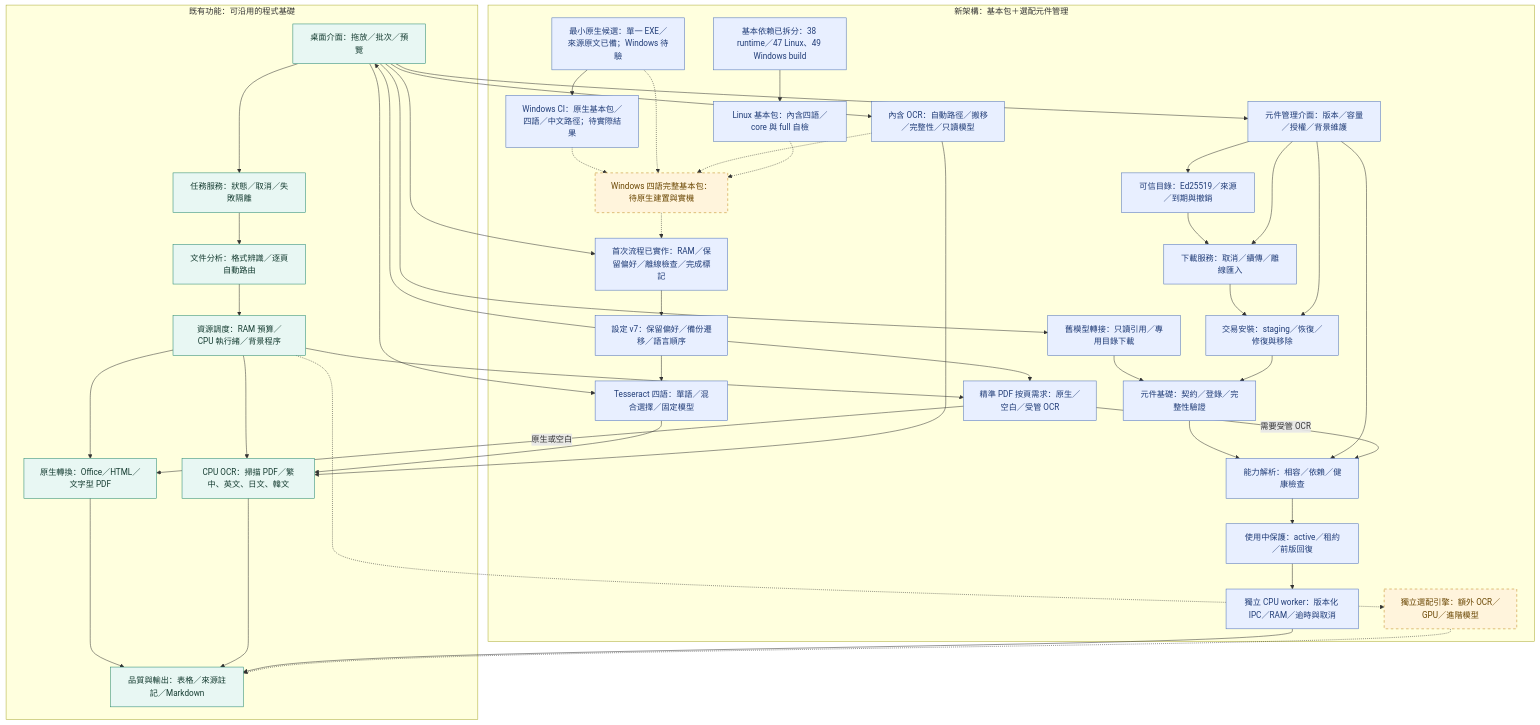
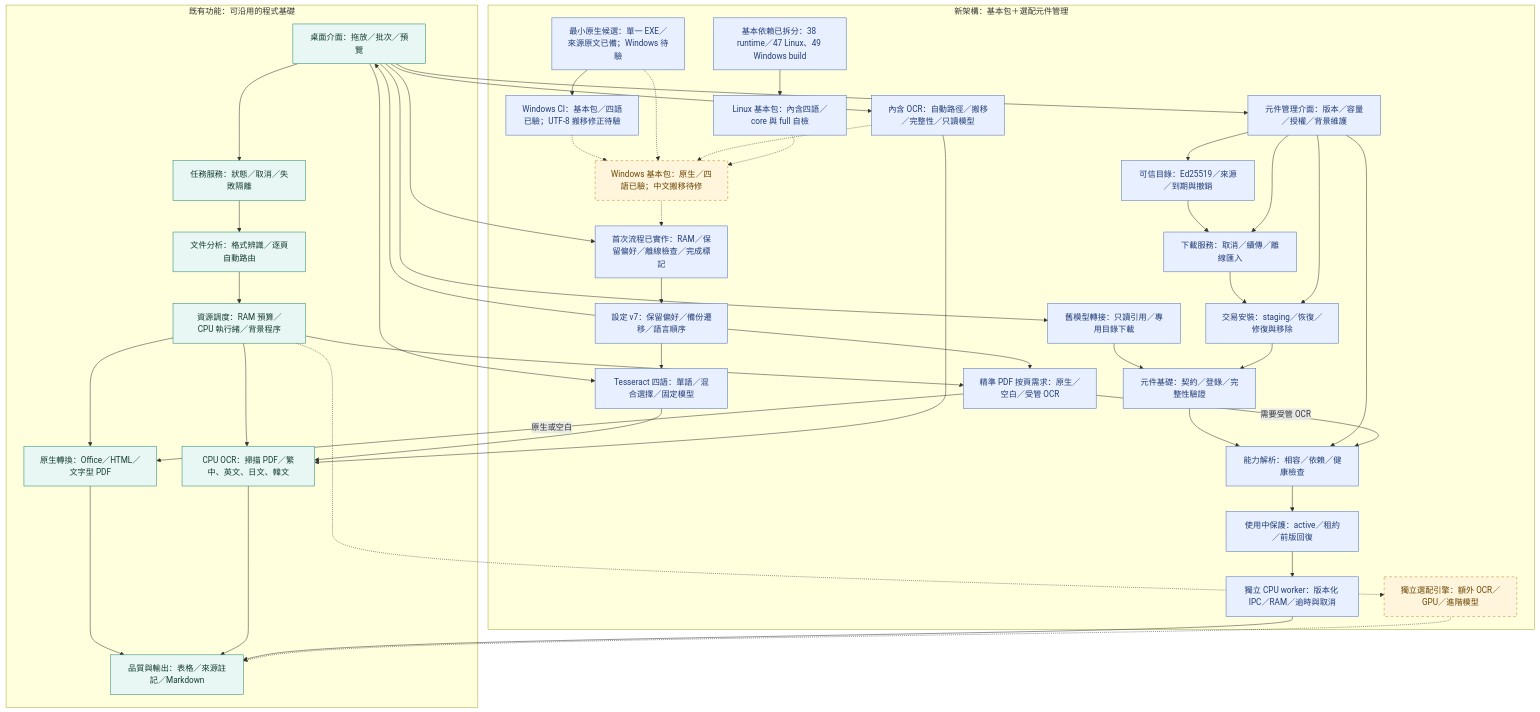
Before and after one commit to ChouTa-chuan/MarkItDown-exe: the diagram in README.md, drawn with Mermaid. The commit also changed other lines of this file and 59 other files, not shown here.

Commit message:
fix: 為 Windows 原生 OCR 加入 UTF-8 路徑 manifest

````diff
--- a/README.md
+++ b/README.md
@@ -21,71 +21,71 @@
 ```mermaid
 flowchart TD
     subgraph Existing["既有功能：可沿用的程式基礎"]
         UI["桌面介面：拖放／批次／預覽"] --> APP["任務服務：狀態／取消／失敗隔離"]
         APP --> PLAN["文件分析：格式辨識／逐頁自動路由"]
         PLAN --> RES["資源調度：RAM 預算／CPU 執行緒／背景程序"]
         RES --> NATIVE["原生轉換：Office／HTML／文字型 PDF"]
         RES --> OCR["CPU OCR：掃描 PDF／繁中、英文、日文、韓文"]
         NATIVE --> QUALITY["品質與輸出：表格／來源註記／Markdown"]
         OCR --> QUALITY
     end
     subgraph Planned["新架構：基本包＋選配元件管理"]
         COMPONENTUI["元件管理介面：版本／容量／授權／背景維護"]
-        FIRST["Windows 四語完整基本包：待原生建置與實機"]
+        FIRST["Windows 基本包：原生／四語已驗；中文搬移待修"]
         PROFILE["基本依賴已拆分：38 runtime／47 Linux、49 Windows build"]
         PROFILEBUILD["Linux 基本包：內含四語／core 與 full 自檢"]
         FIRSTFLOW["首次流程已實作：RAM／保留偏好／離線檢查／完成標記"]
         COMPONENTS["元件基礎：契約／登錄／完整性驗證"]
         CAPABILITY["能力解析：相容／依賴／健康檢查"]
-        WINCI["Windows CI：原生基本包／四語／中文路徑；待實際結果"]
+        WINCI["Windows CI：基本包／四語已驗；UTF-8 搬移修正待驗"]
         BUNDLED["內含 OCR：自動路徑／搬移／完整性／只讀模型"]
         MINIMALBUILD["最小原生候選：單一 EXE／來源原文已備；Windows 待驗"]
         LANGUAGES["Tesseract 四語：單語／混合選擇／固定模型"]
         ROUTE["精準 PDF 按頁需求：原生／空白／受管 OCR"]
         CPUWORKER["獨立 CPU worker：版本化 IPC／RAM／逾時與取消"]
         OPTIONAL["獨立選配引擎：額外 OCR／GPU／進階模型"]
         COMPONENTS --> CAPABILITY
         LEGACY["舊模型轉接：只讀引用／專用目錄下載"]
         PREFS["設定 v7：保留偏好／備份遷移／語言順序"]
         LEGACY --> COMPONENTS
         CATALOG["可信目錄：Ed25519／來源／到期與撤銷"] --> DOWNLOAD["下載服務：取消／續傳／離線匯入"]
         DOWNLOAD --> INSTALL["交易安裝：staging／恢復／修復與移除"]
         INSTALL --> COMPONENTS
         CAPABILITY --> LEASE["使用中保護：active／租約／前版回復"]
     end
     UI --> LANGUAGES
     LANGUAGES --> OCR
     PREFS --> LANGUAGES
     UI --> COMPONENTUI
     COMPONENTUI --> INSTALL
     COMPONENTUI --> CATALOG
     COMPONENTUI --> CAPABILITY
     LEASE --> CPUWORKER
     CPUWORKER --> QUALITY
     RES --> ROUTE
     ROUTE -->|需要受管 OCR| CAPABILITY
     ROUTE -->|原生或空白| NATIVE
     COMPONENTUI --> DOWNLOAD
     UI --> LEGACY
     PREFS --> UI
     UI --> FIRSTFLOW
     FIRSTFLOW --> PREFS
     PROFILE --> PROFILEBUILD
     MINIMALBUILD --> WINCI
     WINCI -.-> FIRST
     MINIMALBUILD -.-> FIRST
     UI --> BUNDLED
     BUNDLED --> OCR
     BUNDLED -.-> FIRST
     PROFILEBUILD -.-> FIRST
     FIRST -.-> FIRSTFLOW
     PREFS --> ROUTE
     RES -.-> OPTIONAL
     OPTIONAL -.-> QUALITY
     classDef existing fill:#e8f7f3,stroke:#21856d,color:#153c31;
     classDef foundation fill:#e8efff,stroke:#4c6fb8,color:#203c77;
     class COMPONENTS,CAPABILITY,LEGACY,PREFS,CATALOG,DOWNLOAD,INSTALL,LEASE,CPUWORKER,COMPONENTUI,FIRSTFLOW,ROUTE,PROFILE,PROFILEBUILD,LANGUAGES,BUNDLED,MINIMALBUILD,WINCI foundation;
     classDef planned fill:#fff4dc,stroke:#be8519,color:#694500,stroke-dasharray:5 5;
     class UI,APP,PLAN,RES,NATIVE,OCR,QUALITY existing;
     class FIRST,OPTIONAL planned;
 ```
````
